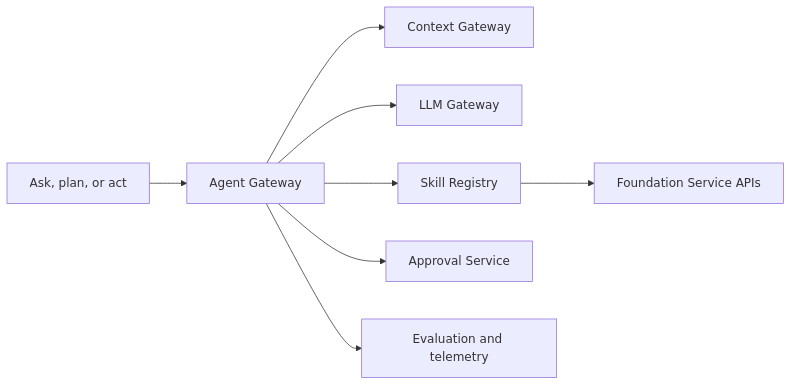
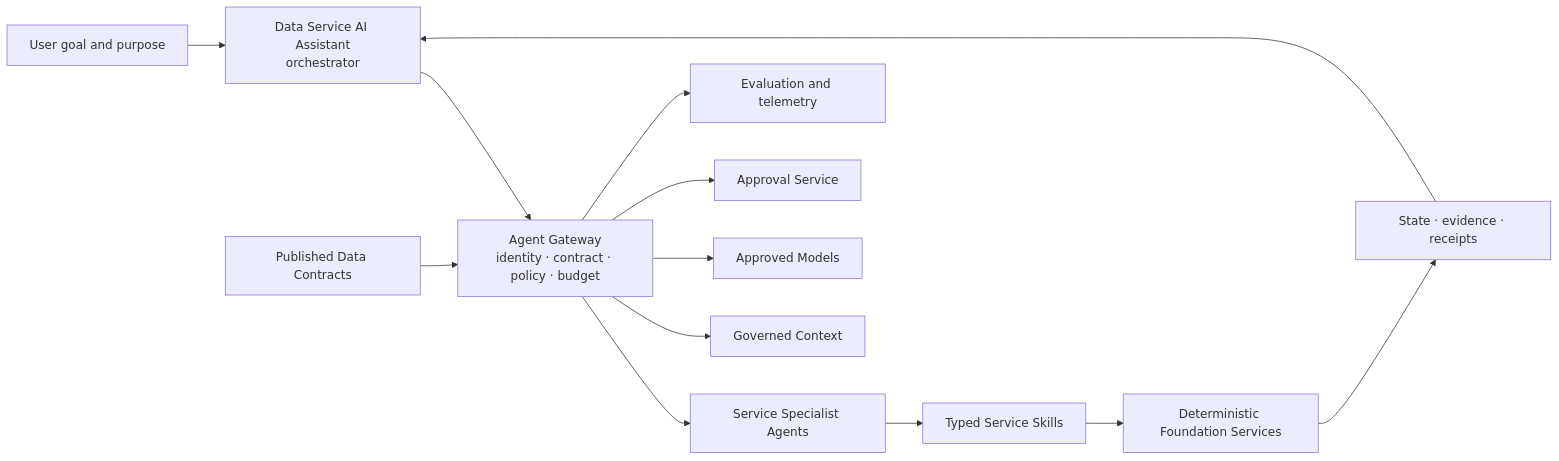
Before and after one commit to cong78/data-foundation-architecture: the diagram in docs/services/data-service-ai-assistant.md, drawn with Mermaid. The commit also changed other lines of this file and 88 other files, not shown here.

Commit message:
Refine architecture guidance and delivery structure

````diff
--- a/docs/services/data-service-ai-assistant.md
+++ b/docs/services/data-service-ai-assistant.md
@@ -28,10 +30,15 @@
 ```mermaid
 flowchart LR
-    UI["Ask, plan, or act"] --> GATE["Agent Gateway"]
-    GATE --> CONTEXT["Context Gateway"]
-    GATE --> MODEL["LLM Gateway"]
-    GATE --> SKILLS["Skill Registry"]
+    USER["User goal and purpose"] --> ASSIST["Data Service AI Assistant<br/>orchestrator"]
+    ASSIST --> GATE["Agent Gateway<br/>identity · contract · policy · budget"]
+    GATE --> AGENTS["Service Specialist Agents"]
+    AGENTS --> SKILLS["Typed Service Skills"]
+    SKILLS --> SERVICES["Deterministic Foundation Services"]
+    CONTRACTS["Published Data Contracts"] --> GATE
+    SERVICES --> RECEIPTS["State · evidence · receipts"]
+    RECEIPTS --> ASSIST
+    GATE --> CONTEXT["Governed Context"]
+    GATE --> MODEL["Approved Models"]
     GATE --> APPROVAL["Approval Service"]
-    SKILLS --> SERVICES["Foundation Service APIs"]
     GATE --> EVAL["Evaluation and telemetry"]
 ```
````
